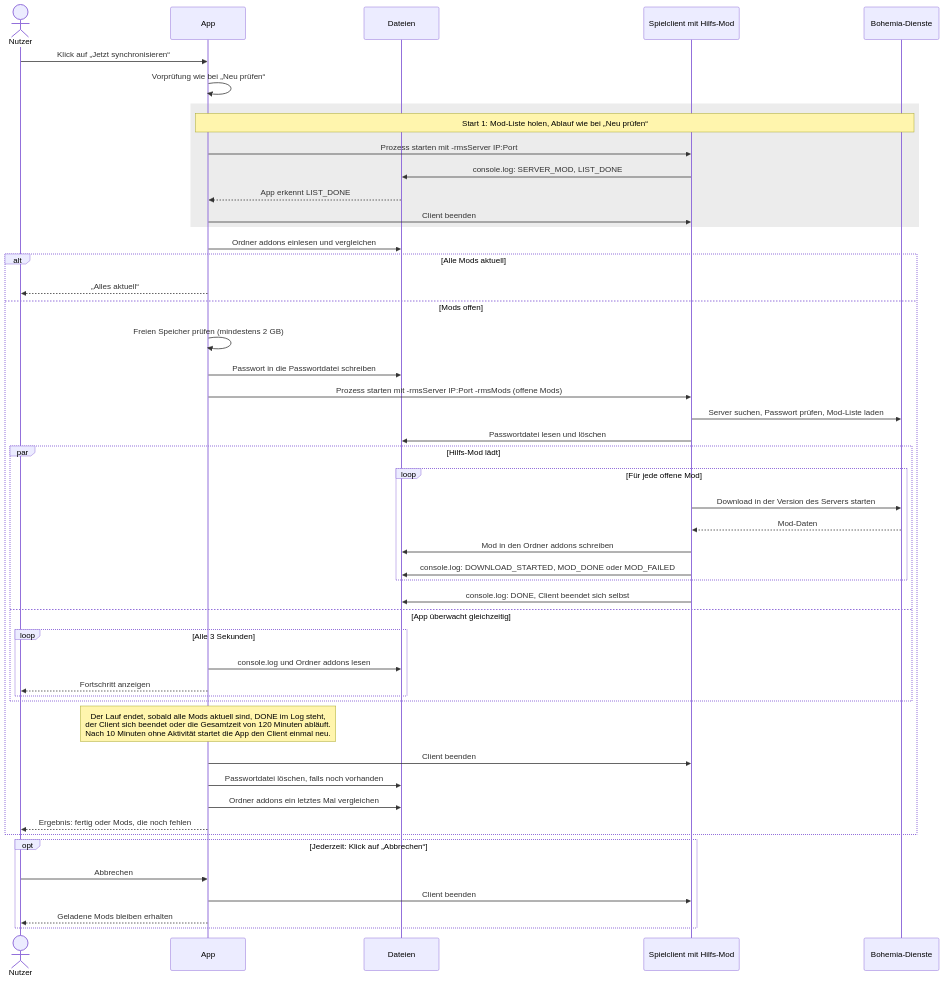
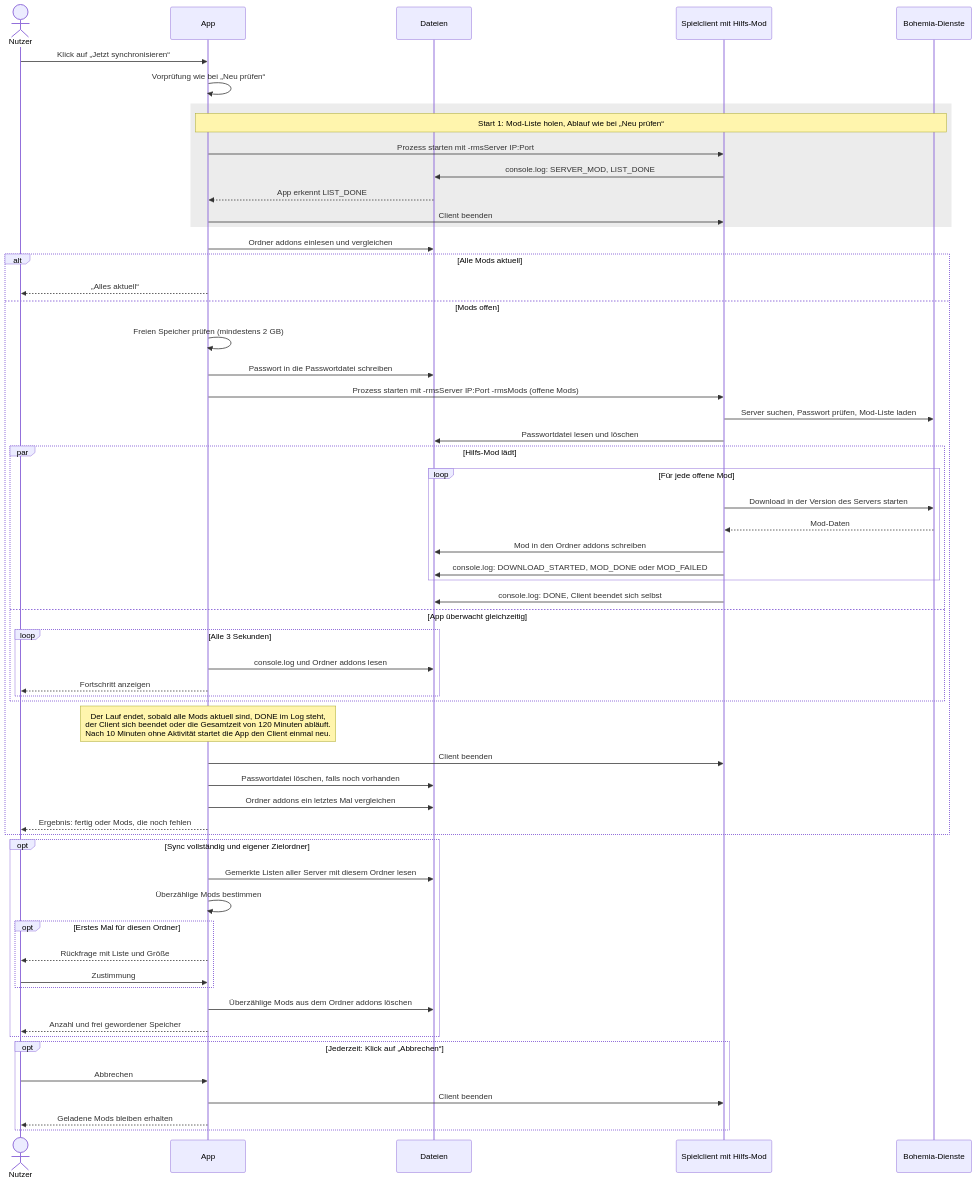
Before and after one commit to morok101st/Arma-Reforger-Local-Manager: the second of 3 diagrams in README.md, drawn with Mermaid. The commit also changed other lines of this file and 12 other files, not shown here.

First line of the commit message:
Sync hält eigene Zielordner exakt im Abgleich

````diff
--- a/README.md
+++ b/README.md
@@ -147,55 +152,66 @@
 ```mermaid
 sequenceDiagram
     actor N as Nutzer
     participant A as App
     participant D as Dateien
     participant H as Spielclient mit Hilfs-Mod
     participant B as Bohemia-Dienste
 
     N->>A: Klick auf „Jetzt synchronisieren“
     A->>A: Vorprüfung wie bei „Neu prüfen“
 
     rect rgba(128, 128, 128, 0.15)
         Note over A,B: Start 1: Mod-Liste holen, Ablauf wie bei „Neu prüfen“
         A->>H: Prozess starten mit -rmsServer IP:Port
         H->>D: console.log: SERVER_MOD, LIST_DONE
         D-->>A: App erkennt LIST_DONE
         A->>H: Client beenden
     end
 
     A->>D: Ordner addons einlesen und vergleichen
     alt Alle Mods aktuell
         A-->>N: „Alles aktuell“
     else Mods offen
         A->>A: Freien Speicher prüfen (mindestens 2 GB)
         A->>D: Passwort in die Passwortdatei schreiben
         A->>H: Prozess starten mit -rmsServer IP:Port -rmsMods (offene Mods)
         H->>B: Server suchen, Passwort prüfen, Mod-Liste laden
         H->>D: Passwortdatei lesen und löschen
         par Hilfs-Mod lädt
             loop Für jede offene Mod
                 H->>B: Download in der Version des Servers starten
                 B-->>H: Mod-Daten
                 H->>D: Mod in den Ordner addons schreiben
                 H->>D: console.log: DOWNLOAD_STARTED, MOD_DONE oder MOD_FAILED
             end
             H->>D: console.log: DONE, Client beendet sich selbst
         and App überwacht gleichzeitig
             loop Alle 3 Sekunden
                 A->>D: console.log und Ordner addons lesen
                 A-->>N: Fortschritt anzeigen
             end
         end
         Note over A: Der Lauf endet, sobald alle Mods aktuell sind, DONE im Log steht,<br/>der Client sich beendet oder die Gesamtzeit von 120 Minuten abläuft.<br/>Nach 10 Minuten ohne Aktivität startet die App den Client einmal neu.
         A->>H: Client beenden
         A->>D: Passwortdatei löschen, falls noch vorhanden
         A->>D: Ordner addons ein letztes Mal vergleichen
         A-->>N: Ergebnis: fertig oder Mods, die noch fehlen
     end
 
+    opt Sync vollständig und eigener Zielordner
+        A->>D: Gemerkte Listen aller Server mit diesem Ordner lesen
+        A->>A: Überzählige Mods bestimmen
+        opt Erstes Mal für diesen Ordner
+            A-->>N: Rückfrage mit Liste und Größe
+            N->>A: Zustimmung
+        end
+        A->>D: Überzählige Mods aus dem Ordner addons löschen
+        A-->>N: Anzahl und frei gewordener Speicher
+    end
+
     opt Jederzeit: Klick auf „Abbrechen“
         N->>A: Abbrechen
         A->>H: Client beenden
         A-->>N: Geladene Mods bleiben erhalten
     end
 ```
````
